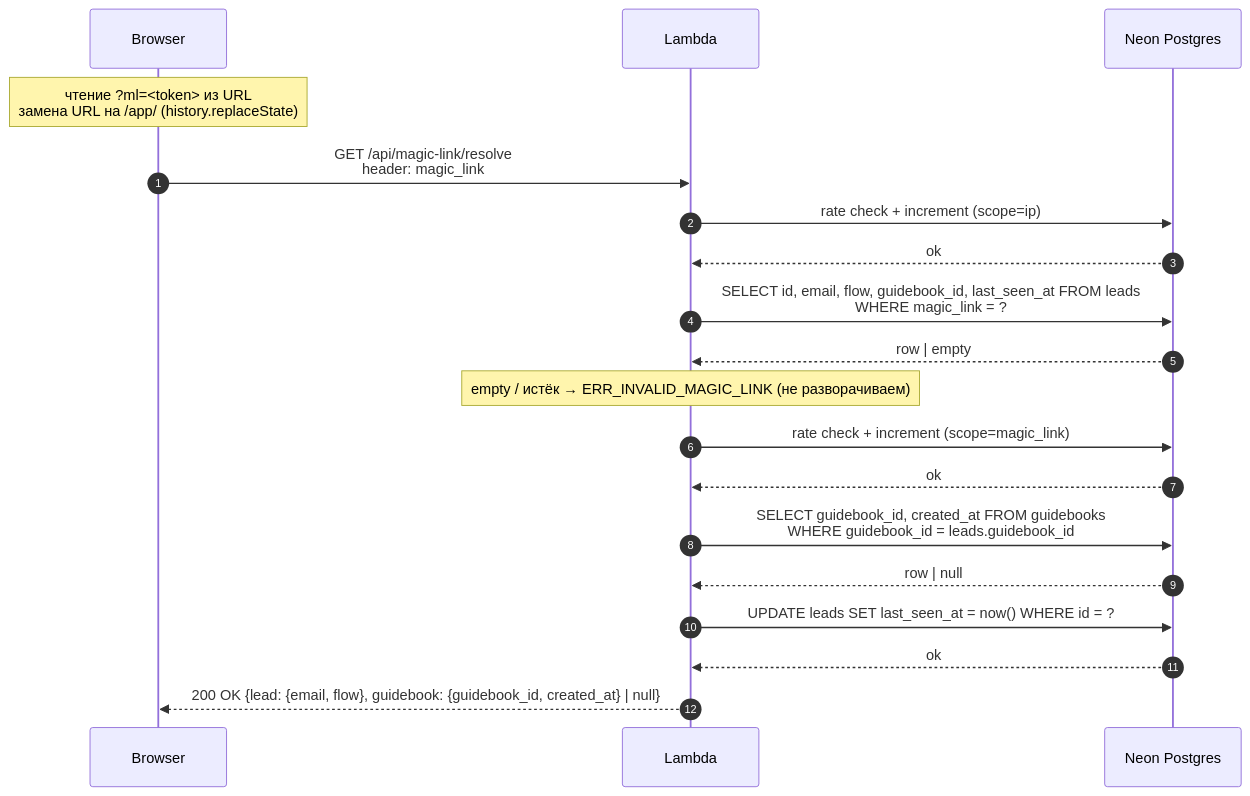
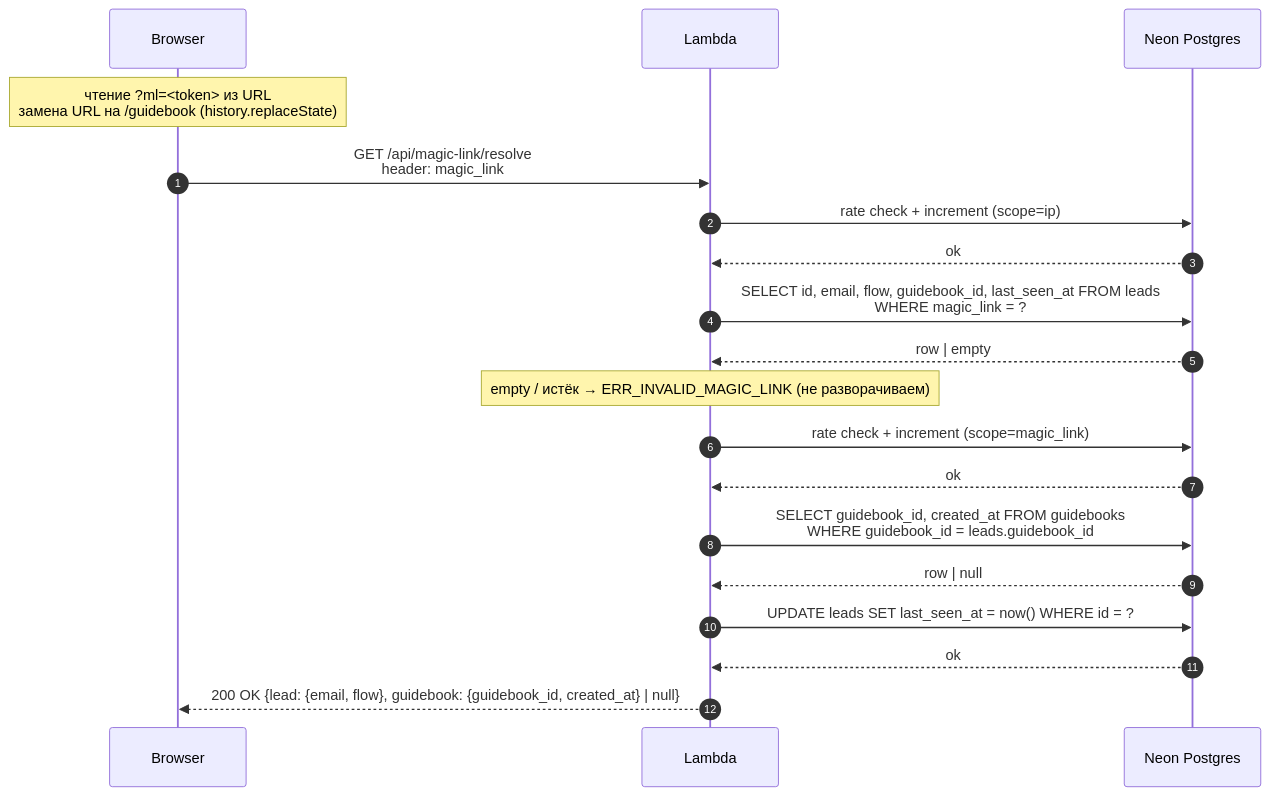
One commit to kaxcheg/holahost changed the sixth of 8 diagrams in docs/hola_host_spec.md. Above: the diagram before and after it, drawn with Mermaid. The commit also changed other lines of this file, not shown here.

````diff
--- a/docs/hola_host_spec.md
+++ b/docs/hola_host_spec.md
@@ -1047,22 +1073,22 @@
 ```mermaid
 sequenceDiagram
     autonumber
     participant BR as Browser
     participant LM as Lambda
     participant DB as Neon Postgres
 
-    Note over BR: чтение ?ml=<token> из URL<br/>замена URL на /app/ (history.replaceState)
+    Note over BR: чтение ?ml=<token> из URL<br/>замена URL на /guidebook (history.replaceState)
     BR->>LM: GET /api/magic-link/resolve<br/>header: magic_link
     LM->>DB: rate check + increment (scope=ip)
     DB-->>LM: ok
     LM->>DB: SELECT id, email, flow, guidebook_id, last_seen_at FROM leads<br/>WHERE magic_link = ?
     DB-->>LM: row | empty
     Note over LM: empty / истёк → ERR_INVALID_MAGIC_LINK (не разворачиваем)
     LM->>DB: rate check + increment (scope=magic_link)
     DB-->>LM: ok
     LM->>DB: SELECT guidebook_id, created_at FROM guidebooks<br/>WHERE guidebook_id = leads.guidebook_id
     DB-->>LM: row | null
     LM->>DB: UPDATE leads SET last_seen_at = now() WHERE id = ?
     DB-->>LM: ok
     LM-->>BR: 200 OK {lead: {email, flow}, guidebook: {guidebook_id, created_at} | null}
 ```
````
